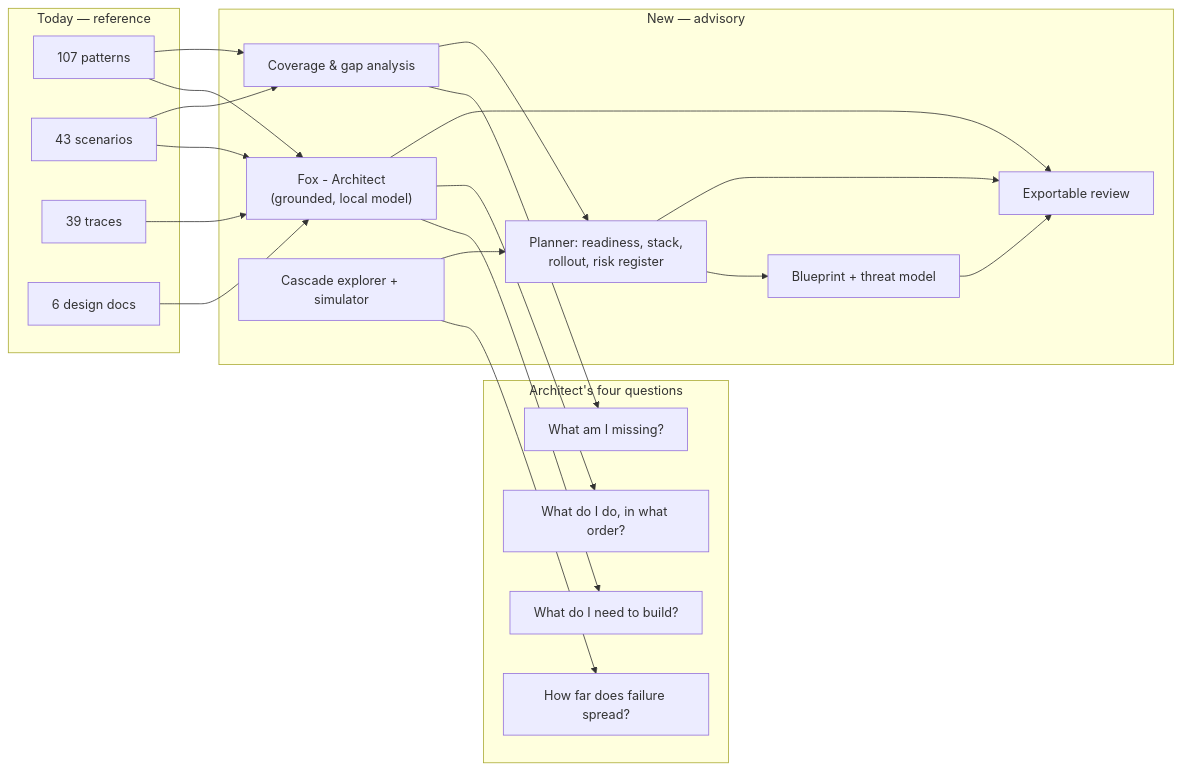
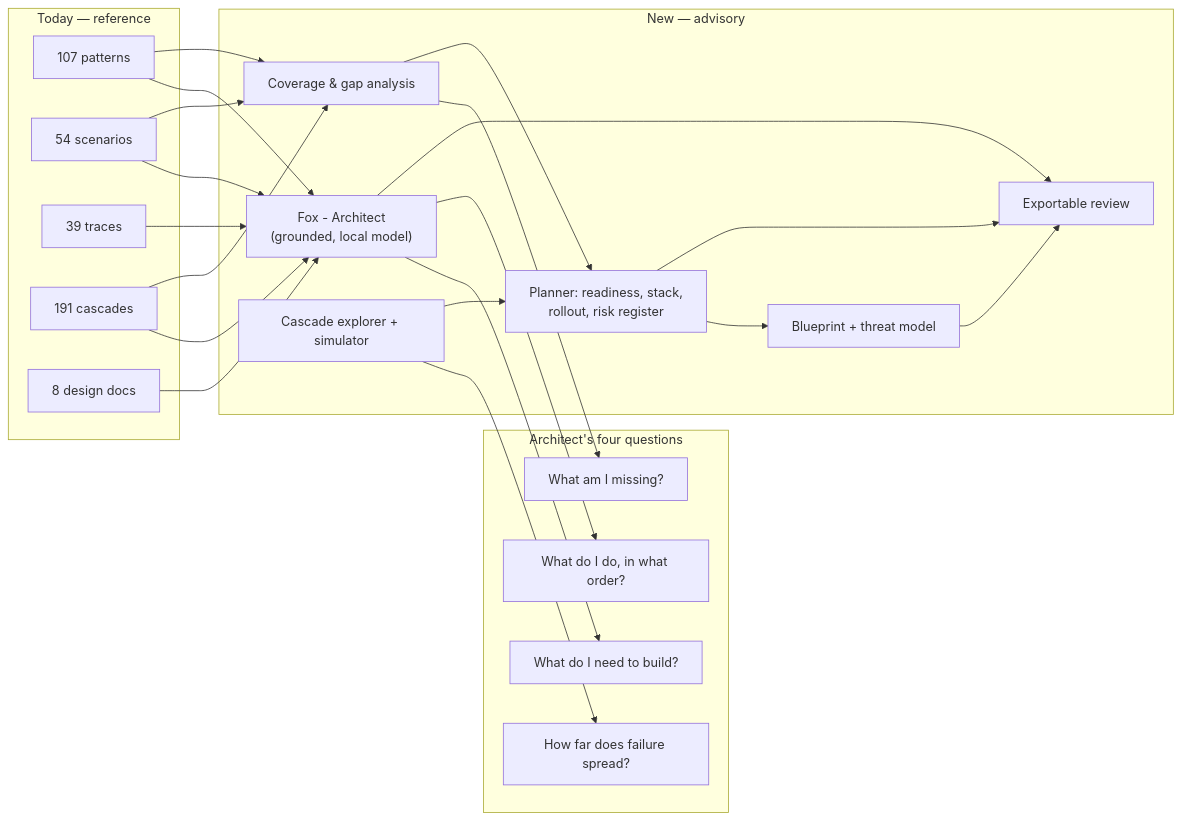
Before and after one commit to harishgovardhandamodar/AI-Agents-Patterns: the first of 6 diagrams in design/07-architect-analysis.md, drawn with Mermaid. The commit also changed other lines of this file and 11 other files, not shown here.

First line of the commit message:
Docs: refresh design & architecture for the current app + new runtime/offline doc

````diff
--- a/design/07-architect-analysis.md
+++ b/design/07-architect-analysis.md
@@ -10,39 +10,42 @@
 ```mermaid
 flowchart LR
   subgraph TODAY["Today — reference"]
     P["107 patterns"]
-    S["43 scenarios"]
+    S["54 scenarios"]
     T["39 traces"]
-    D["6 design docs"]
+    C["191 cascades"]
+    D["8 design docs"]
   end
   subgraph ASK["Architect's four questions"]
     Q1["What do I need to build?"]
     Q2["What am I missing?"]
     Q3["How far does failure spread?"]
     Q4["What do I do, in what order?"]
   end
   subgraph NEW["New — advisory"]
     CP["Fox - Architect<br/>(grounded, local model)"]
     CV["Coverage &amp; gap analysis"]
     CA["Cascade explorer + simulator"]
     PL["Planner: readiness, stack,<br/>rollout, risk register"]
     BP["Blueprint + threat model"]
     RP["Exportable review"]
   end
   P --> CP
   S --> CP
   T --> CP
+  C --> CP
   D --> CP
   P --> CV
   S --> CV
+  C --> CV
   CP --> Q1
   CP --> Q4
   CV --> Q2
   CA --> Q3
   CA --> PL
   CV --> PL
   PL --> BP
   BP --> RP
   PL --> RP
   CP --> RP
 ```
````
